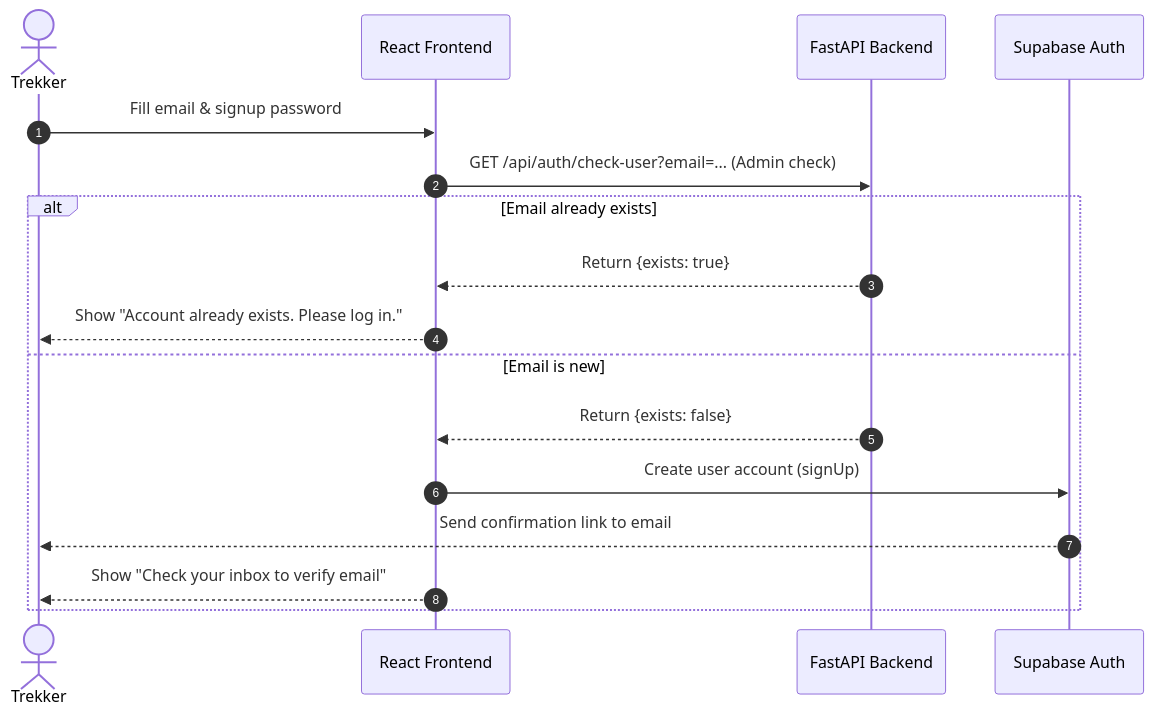
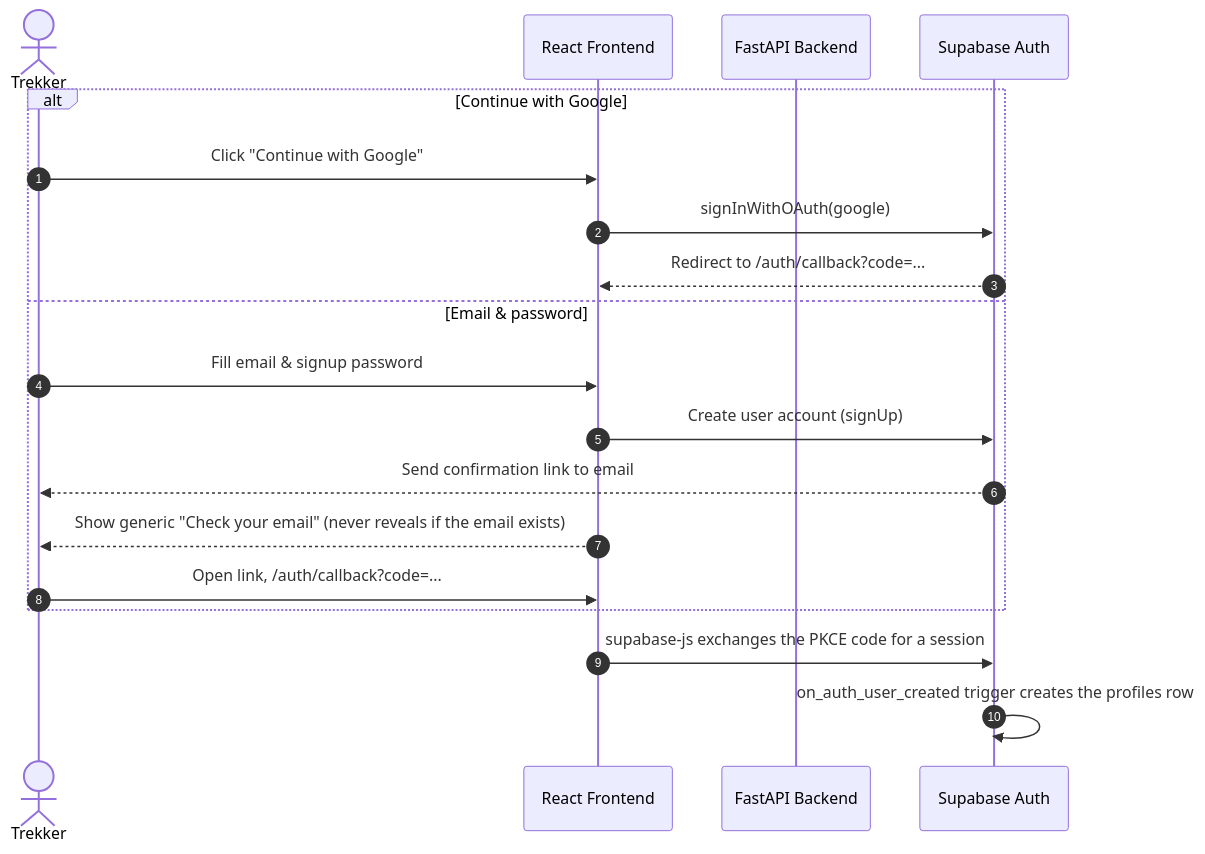
One commit to thedevkansal/trailvista changed the second of 5 diagrams in README.md. Above: the diagram before and after it, drawn with Mermaid. The commit also changed other lines of this file and 4 other files, not shown here.

````diff
--- a/README.md
+++ b/README.md
@@ -96,20 +96,22 @@
 ```mermaid
 sequenceDiagram
     autonumber
     actor User as Trekker
     participant FE as React Frontend
     participant BE as FastAPI Backend
     participant SU as Supabase Auth
 
-    User->>FE: Fill email & signup password
-    FE->>BE: GET /api/auth/check-user?email=... (Admin check)
-    alt Email already exists
-        BE-->>FE: Return {exists: true}
-        FE-->>User: Show "Account already exists. Please log in."
-    else Email is new
-        BE-->>FE: Return {exists: false}
+    alt Continue with Google
+        User->>FE: Click "Continue with Google"
+        FE->>SU: signInWithOAuth(google)
+        SU-->>FE: Redirect to /auth/callback?code=...
+    else Email & password
+        User->>FE: Fill email & signup password
         FE->>SU: Create user account (signUp)
         SU-->>User: Send confirmation link to email
-        FE-->>User: Show "Check your inbox to verify email"
+        FE-->>User: Show generic "Check your email" (never reveals if the email exists)
+        User->>FE: Open link, /auth/callback?code=...
     end
+    FE->>SU: supabase-js exchanges the PKCE code for a session
+    SU->>SU: on_auth_user_created trigger creates the profiles row
 ```
````
